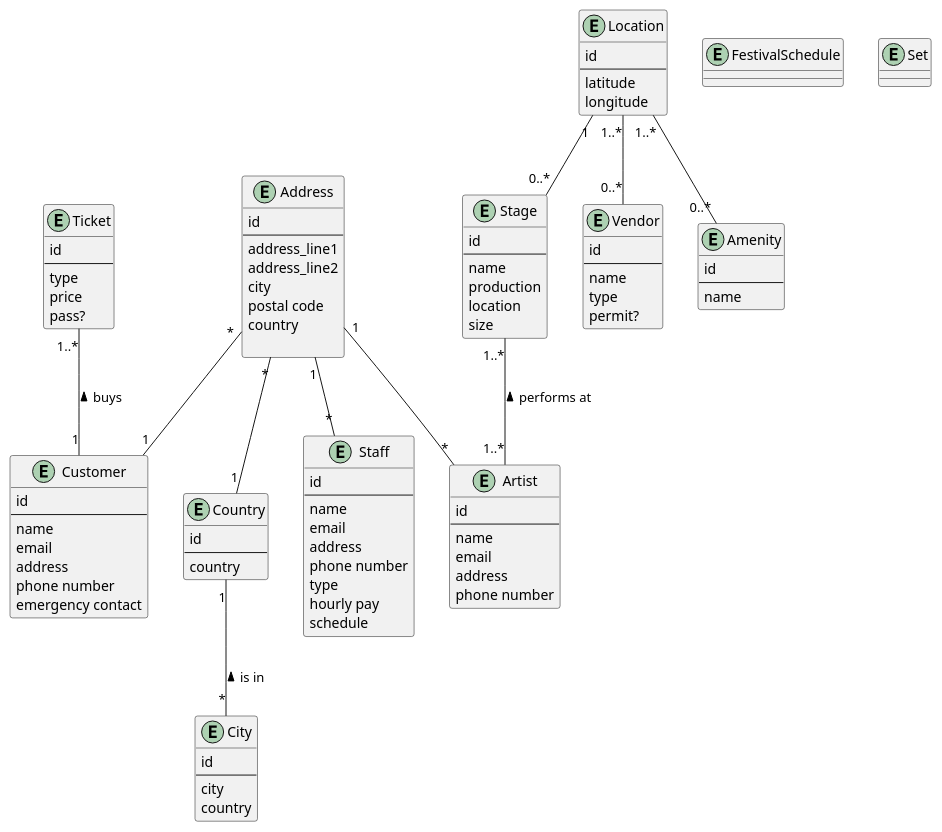
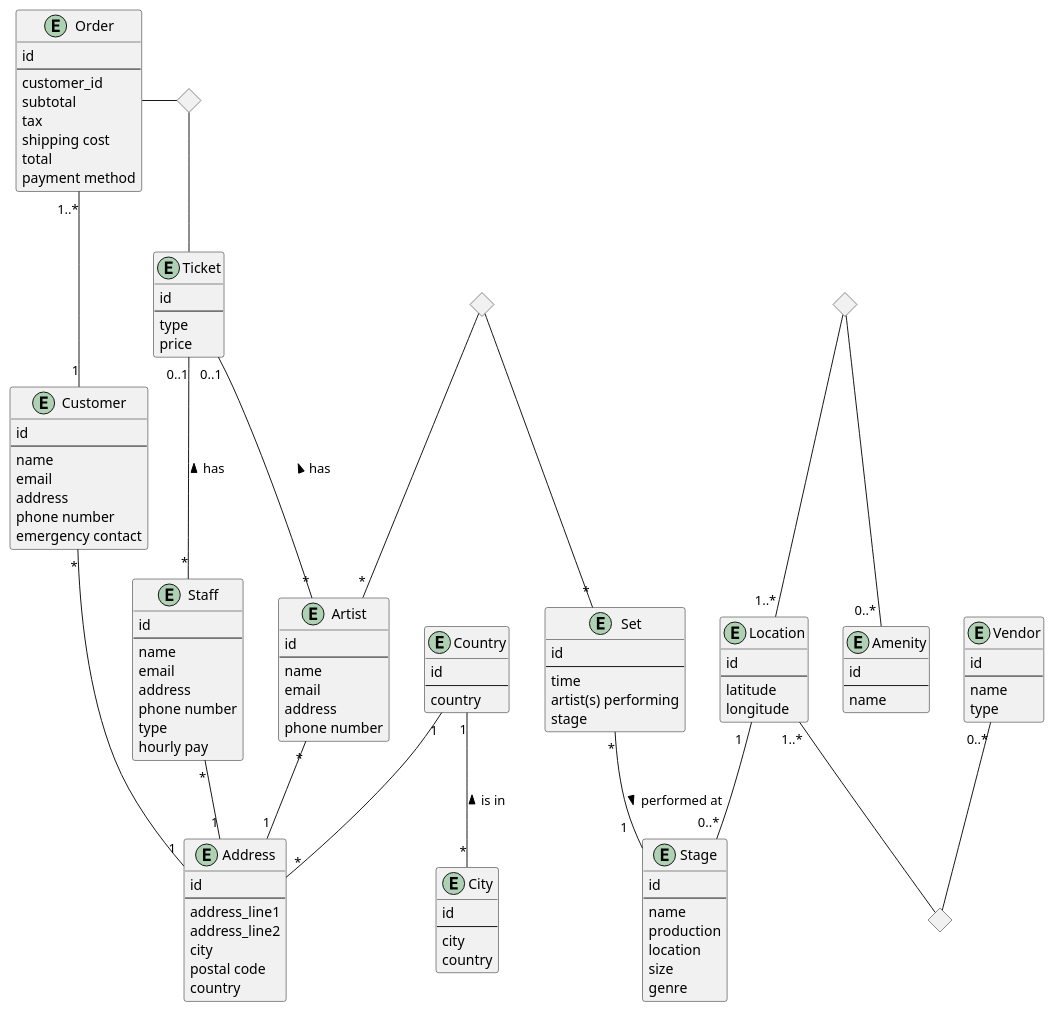
The diagram in logical_2395018_1887026.md (tristandasilva/cosmic_queries), drawn with PlantUML before and after one commit.

Commit message:
Added placeholder entities to describe relationships, and other revisions

````diff
--- a/logical_2395018_1887026.md
+++ b/logical_2395018_1887026.md
@@ -8,7 +8,17 @@
     --
     type
     price
-    pass?
+}
+
+entity Order {
+    id
+    --
+    customer_id
+    subtotal
+    tax
+    shipping cost
+    total
+    payment method
 }
 
 entity Customer {
@@ -39,7 +49,6 @@
     phone number
     type
     hourly pay
-    schedule
 }
 
 entity Stage {
@@ -49,6 +58,7 @@
     production
     location
     size
+    genre
 }
 
 entity Vendor {
@@ -56,7 +66,6 @@
     --
     name
     type
-    permit?
 }
 
 entity Address {
@@ -67,7 +76,6 @@
     city
     postal code
     country
-    
 }
 
 entity Country {
@@ -96,24 +104,43 @@
     name
 }
 
-entity FestivalSchedule {
-    
+entity Set {
+    id
+    --
+    time
+    artist(s) performing
+    stage
 }
 
-entity Set {
-    
-}
+<> artist_set_diamond
+<> vendor_location_diamond
+<> amenity_location_diamond
+<> order_ticket_diamond
 
-Ticket "1..*" -- "1" Customer: buys <
-Stage "1..*" -- "1..*" Artist: performs at <
-Location "1" -- "0..*" Stage
-Location "1..*" -- "0..*" Vendor
-Location "1..*" -- "0..*" Amenity
-Address "1" -- "*" Artist
-Address "1" -- "*" Staff
-Address "*" -- "1" Customer
-Address "*" -- "1" Country
+Order - order_ticket_diamond
+order_ticket_diamond -- Ticket
+Order "1..*" -- "1" Customer
+'Order -- "*" Ticket
+'Ticket "1..*" -- "1" Customer: buys <
+Ticket "0..1" -- "*" Artist: has <
+Ticket "0..1" -- "*" Staff: has <
+'Stage "1..*" -- "1..*" Artist: performs at <
+Location "1  " -- "0..*" Stage
+'Location "1..*" -- "0..*" Vendor
+'Location "1..*" -- "0..*" Amenity
+Artist "*" -- "1" Address
+Staff "*" -- "1" Address
+Customer "*" -- "1" Address
+Country "1" -- "*" Address
 Country "1" -- "*" City: is in <
+Set "*" -- "1  " Stage: performed at >
+'Set "*" -- "*" Artist
+artist_set_diamond -- "*" Artist
+artist_set_diamond -- "*" Set
+Vendor "0..*" -- vendor_location_diamond
+Location "  1..*" -- vendor_location_diamond
+amenity_location_diamond -- "0..* " Amenity
+amenity_location_diamond -- "1..*" Location
 
 @enduml
 ```
````
